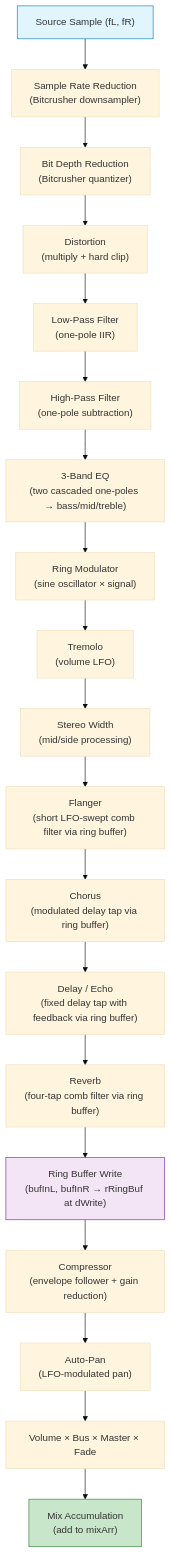
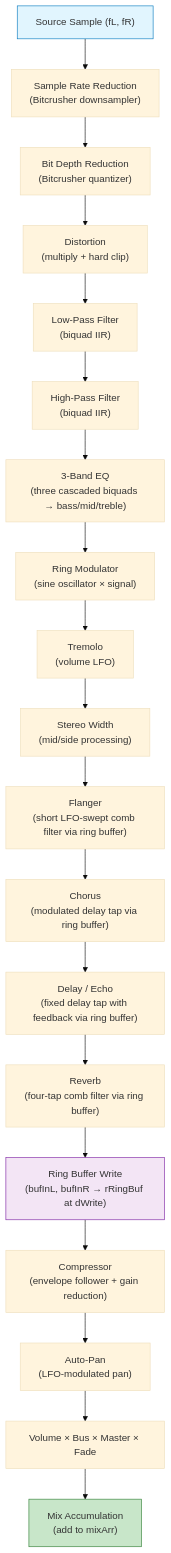
Before and after one commit to vbacollective/riff: the seventh of 8 diagrams in docs/ARCHITECTURE.md, drawn with Mermaid (base theme). The commit also changed other lines of this file and 2 other files, not shown here.

````diff
--- a/docs/ARCHITECTURE.md
+++ b/docs/ARCHITECTURE.md
@@ -373,28 +373,28 @@
 ```mermaid
 graph TD
     A["Source Sample (fL, fR)"]
     B["Sample Rate Reduction<br/>(Bitcrusher downsampler)"]
     C["Bit Depth Reduction<br/>(Bitcrusher quantizer)"]
     D["Distortion<br/>(multiply + hard clip)"]
-    E["Low-Pass Filter<br/>(one-pole IIR)"]
-    F["High-Pass Filter<br/>(one-pole subtraction)"]
-    G["3-Band EQ<br/>(two cascaded one-poles → bass/mid/treble)"]
+    E["Low-Pass Filter<br/>(biquad IIR)"]
+    F["High-Pass Filter<br/>(biquad IIR)"]
+    G["3-Band EQ<br/>(three cascaded biquads → bass/mid/treble)"]
     H["Ring Modulator<br/>(sine oscillator × signal)"]
     I["Tremolo<br/>(volume LFO)"]
     J["Stereo Width<br/>(mid/side processing)"]
     K["Flanger<br/>(short LFO-swept comb filter via ring buffer)"]
     L["Chorus<br/>(modulated delay tap via ring buffer)"]
     M["Delay / Echo<br/>(fixed delay tap with feedback via ring buffer)"]
     N["Reverb<br/>(four-tap comb filter via ring buffer)"]
     O["Ring Buffer Write<br/>(bufInL, bufInR → rRingBuf at dWrite)"]
     P["Compressor<br/>(envelope follower + gain reduction)"]
     Q["Auto-Pan<br/>(LFO-modulated pan)"]
     R["Volume × Bus × Master × Fade"]
     S["Mix Accumulation<br/>(add to mixArr)"]
 
     A-->B-->C-->D-->E-->F-->G-->H-->I-->J-->K-->L-->M-->N-->O-->P-->Q-->R-->S
 
     style A fill:#e1f5fe,stroke:#0277bd
     style O fill:#f3e5f5,stroke:#7b1fa2
     style S fill:#c8e6c9,stroke:#2e7d32
 ```
````
